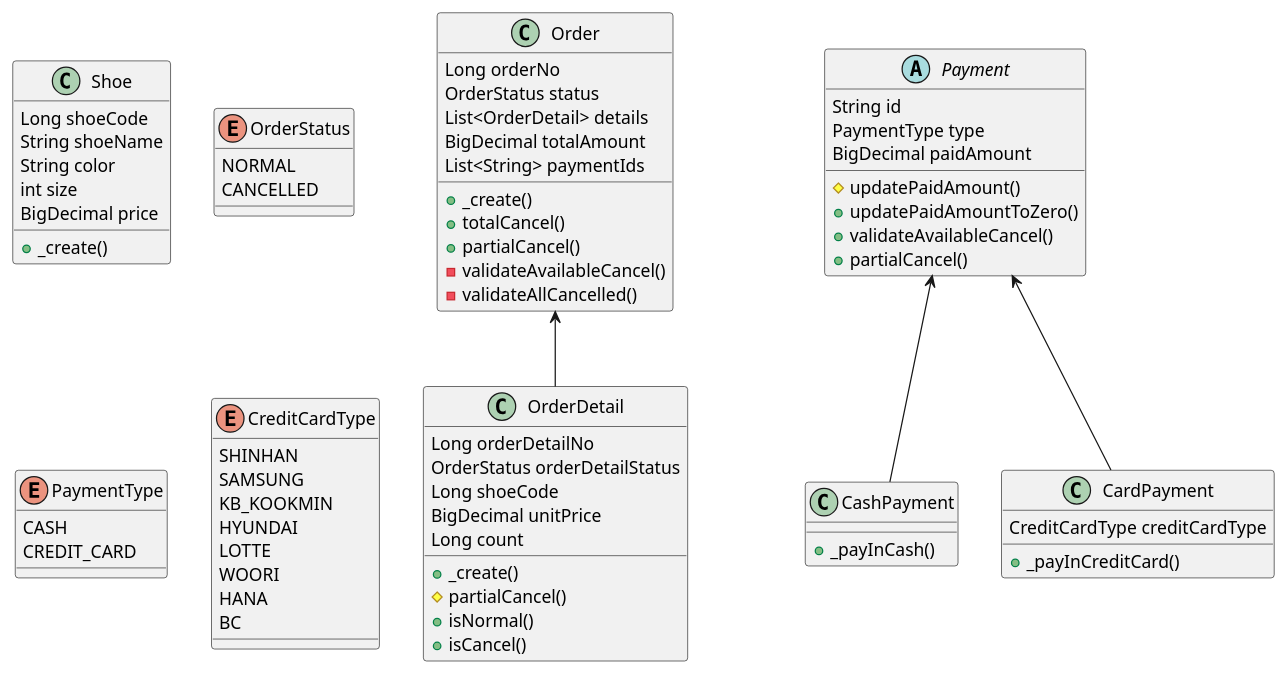
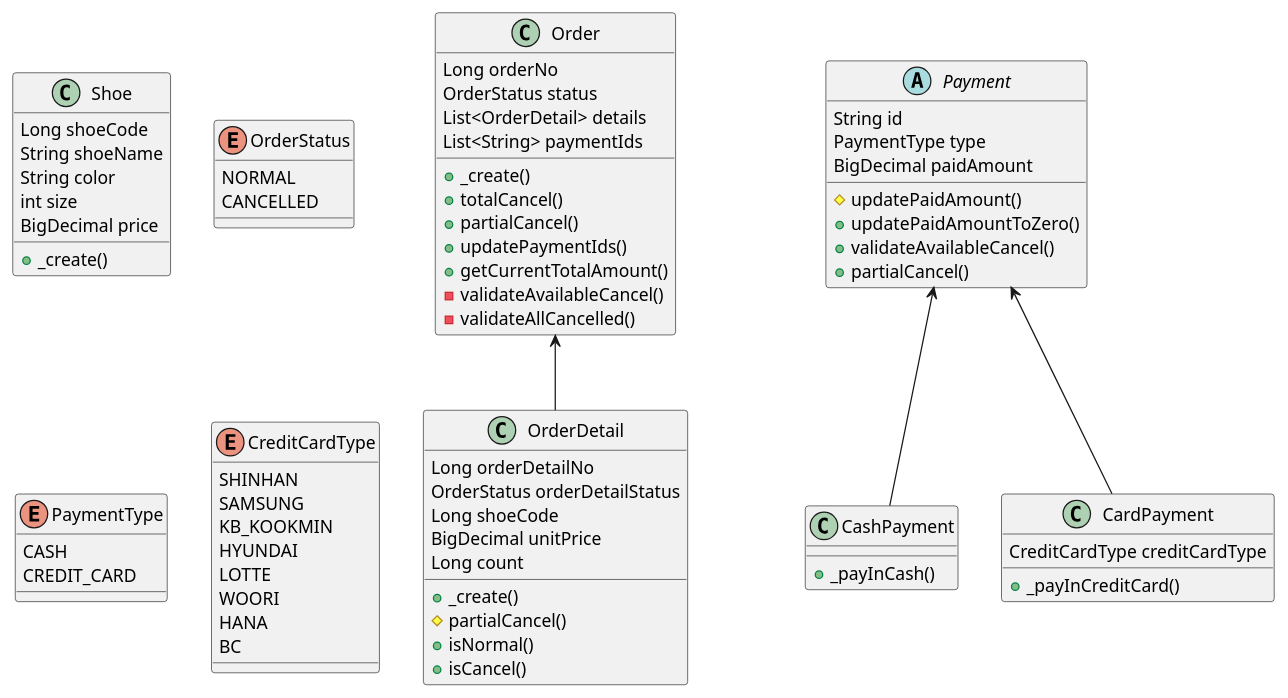
One commit to ABC-Mart-Owners-club/namjoon-shoe-store changed the diagram in docs/DomainStructure.puml. Above: the diagram before and after it, drawn with PlantUML. The commit also changed 2 other files, not shown here.

```diff
--- a/docs/DomainStructure.puml
+++ b/docs/DomainStructure.puml
@@ -1,84 +1,83 @@
 @startuml
-
-
 
 class Shoe {
 Long shoeCode
 String shoeName
 String color
 int size
 BigDecimal price
 + _create()
 }
 
 enum OrderStatus {
 NORMAL
 CANCELLED
 }
 
 class Order {
 Long orderNo
 OrderStatus status
 List<OrderDetail> details
-BigDecimal totalAmount
 List<String> paymentIds
 + _create()
 + totalCancel()
 + partialCancel()
++ updatePaymentIds()
++ getCurrentTotalAmount()
 - validateAvailableCancel()
 - validateAllCancelled()
 }
 
 class OrderDetail {
 Long orderDetailNo
 OrderStatus orderDetailStatus
 Long shoeCode
 BigDecimal unitPrice
 Long count
 + _create()
 # partialCancel()
 + isNormal()
 + isCancel()
 }
 
 abstract class Payment {
 String id
 PaymentType type
 BigDecimal paidAmount
 # updatePaidAmount()
 + updatePaidAmountToZero()
 + validateAvailableCancel()
 + partialCancel()
 }
 
 class CashPayment {
 + _payInCash()
 }
 
 class CardPayment {
 CreditCardType creditCardType
 + _payInCreditCard()
 }
 
 enum PaymentType {
 CASH
 CREDIT_CARD
 }
 
 enum CreditCardType {
 SHINHAN
 SAMSUNG
 KB_KOOKMIN
 HYUNDAI
 LOTTE
 WOORI
 HANA
 BC
 }
 
 
 Order <-- OrderDetail
 Payment <-- CashPayment
 Payment <-- CardPayment
 
 @enduml
```
